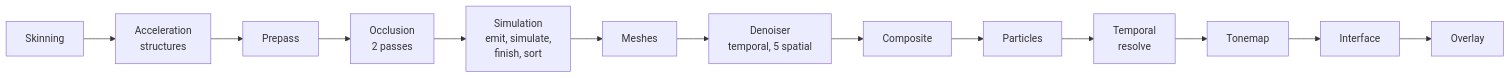
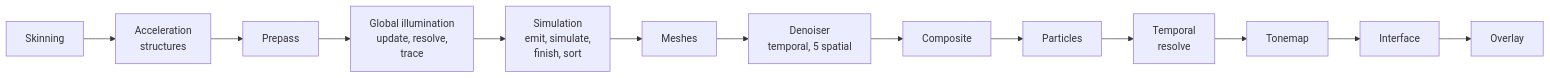
Before and after one commit to SBXdev3D/daidalos-engine-next: the ninth of 12 diagrams in docs/ARCHITECTURE.md, drawn with Mermaid. The commit also changed other lines of this file and 48 other files, not shown here.

First line of the commit message:
Phase 9.9: diffuse global illumination, and moonlight (#31)

````diff
--- a/docs/ARCHITECTURE.md
+++ b/docs/ARCHITECTURE.md
@@ -203,4 +204,4 @@
 ```mermaid
 flowchart LR
-    SK["Skinning"] --> AS["Acceleration<br/>structures"] --> PP["Prepass"] --> OC["Occlusion<br/>2 passes"] --> SI["Simulation<br/>emit, simulate,<br/>finish, sort"] --> ME["Meshes"] --> DN["Denoiser<br/>temporal, 5 spatial"] --> CO["Composite"] --> PA["Particles"] --> TR["Temporal<br/>resolve"] --> TO["Tonemap"] --> UI["Interface"] --> OV["Overlay"]
+    SK["Skinning"] --> AS["Acceleration<br/>structures"] --> PP["Prepass"] --> GI["Global illumination<br/>update, resolve,<br/>trace"] --> SI["Simulation<br/>emit, simulate,<br/>finish, sort"] --> ME["Meshes"] --> DN["Denoiser<br/>temporal, 5 spatial"] --> CO["Composite"] --> PA["Particles"] --> TR["Temporal<br/>resolve"] --> TO["Tonemap"] --> UI["Interface"] --> OV["Overlay"]
 ```
````
